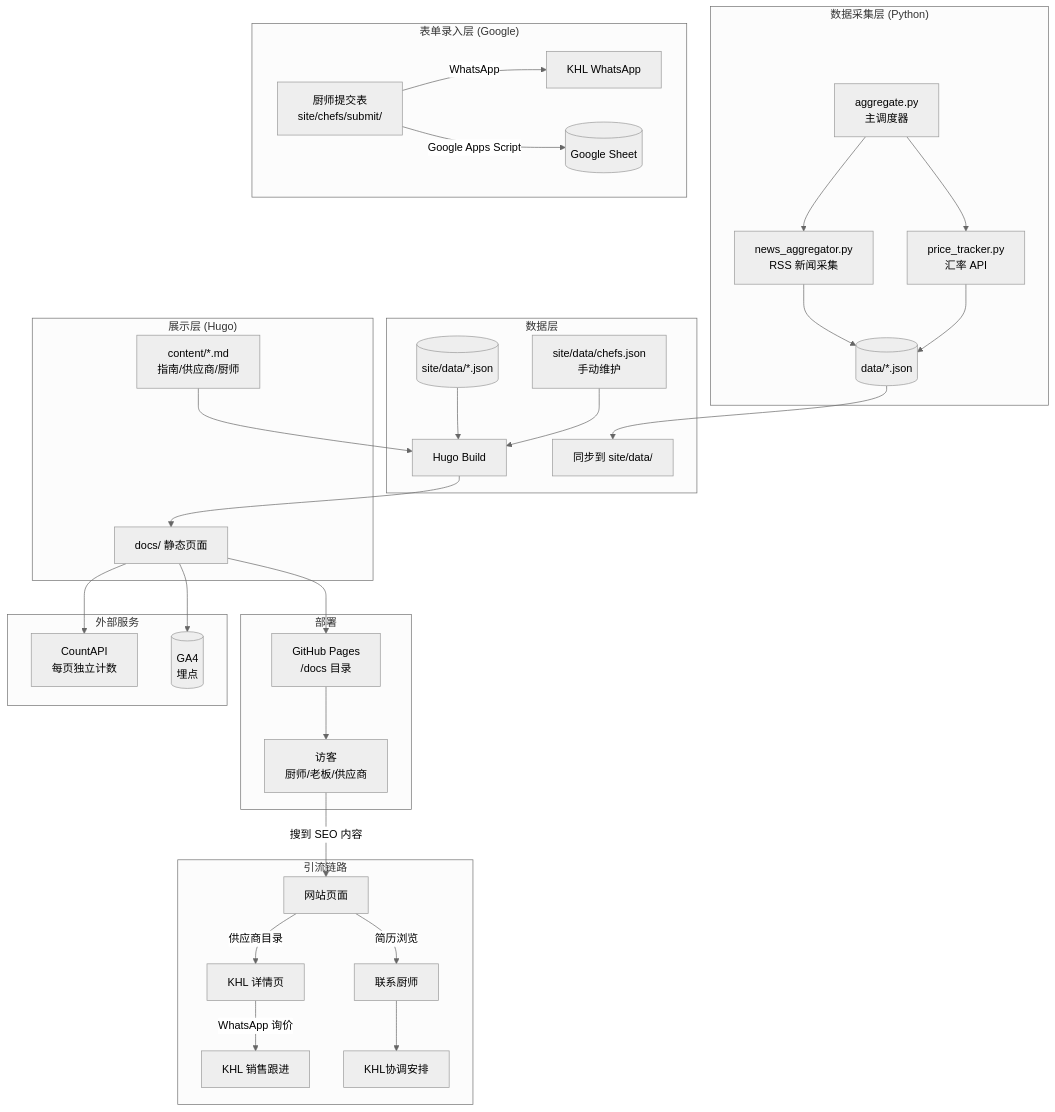
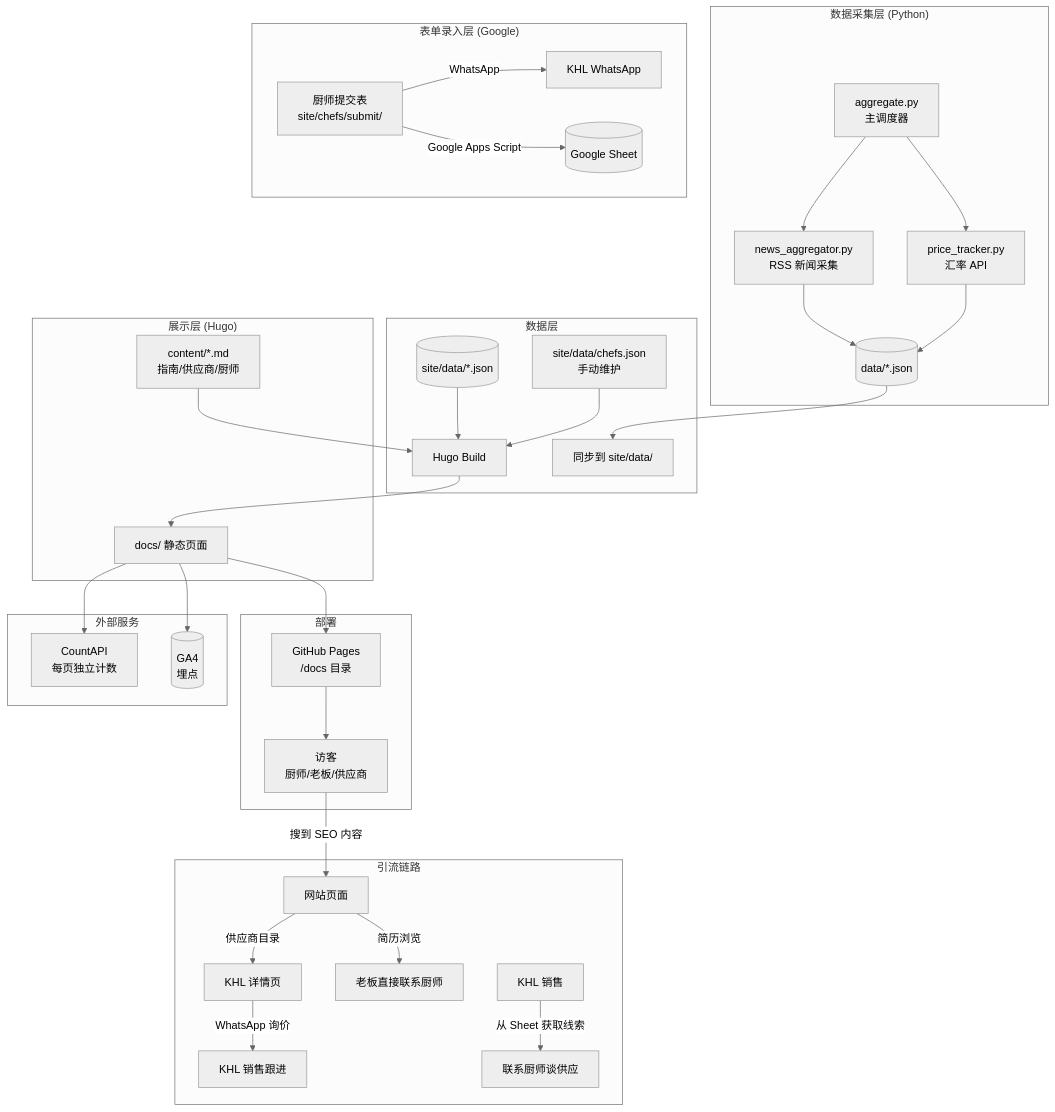
Before and after one commit to reinocheong/jbkitchen: the diagram in ARCHITECTURE.md, drawn with Mermaid (neutral theme). The commit also changed 2 other files, not shown here.

Commit message:
📐 修正业务模型：厨师栏位=免费招聘+KHL线索池，KHL不介入安排

````diff
--- a/ARCHITECTURE.md
+++ b/ARCHITECTURE.md
@@ -5,43 +5,43 @@
 ```mermaid
 graph TD
     subgraph "数据采集层 (Python)"
         NA[news_aggregator.py<br/>RSS 新闻采集] --> DATA[(data/*.json)]
         PT[price_tracker.py<br/>汇率 API] --> DATA
         AG[aggregate.py<br/>主调度器] --> NA
         AG --> PT
     end
 
     subgraph "表单录入层 (Google)"
         FORM[厨师提交表<br/>site/chefs/submit/] -->|WhatsApp| KHL_PHONE[KHL WhatsApp]
         FORM -->|Google Apps Script| SHEET[(Google Sheet)]
     end
 
     subgraph "数据层"
         DATA --> SYNC[同步到 site/data/]
         SITE_DATA[(site/data/*.json)] --> HUGO
         CHEFS_JSON[site/data/chefs.json<br/>手动维护] --> HUGO
     end
 
     subgraph "展示层 (Hugo)"
         MD[content/*.md<br/>指南/供应商/厨师] --> HUGO
         HUGO[Hugo Build] --> HTML[docs/ 静态页面]
     end
 
     subgraph "外部服务"
         HTML --> CI[CountAPI<br/>每页独立计数]
         HTML --> GA[(GA4<br/>埋点)]
     end
 
     subgraph "部署"
         HTML --> GH[GitHub Pages<br/>/docs 目录]
         GH --> USER[访客<br/>厨师/老板/供应商]
     end
 
     subgraph "引流链路"
         USER -->|搜到 SEO 内容| SITE[网站页面]
         SITE -->|供应商目录| KHL[KHL 详情页]
         KHL -->|WhatsApp 询价| LEAD[KHL 销售跟进]
-        SITE -->|简历浏览| CONTACT[联系厨师]
-        CONTACT --> COORD[KHL协调安排]
+        SITE -->|简历浏览| CONTACT[老板直接联系厨师]
+        LEAD_SALES[KHL 销售] -->|从 Sheet 获取线索| CONTACT_CHEF[联系厨师谈供应]
     end
 ```
````
